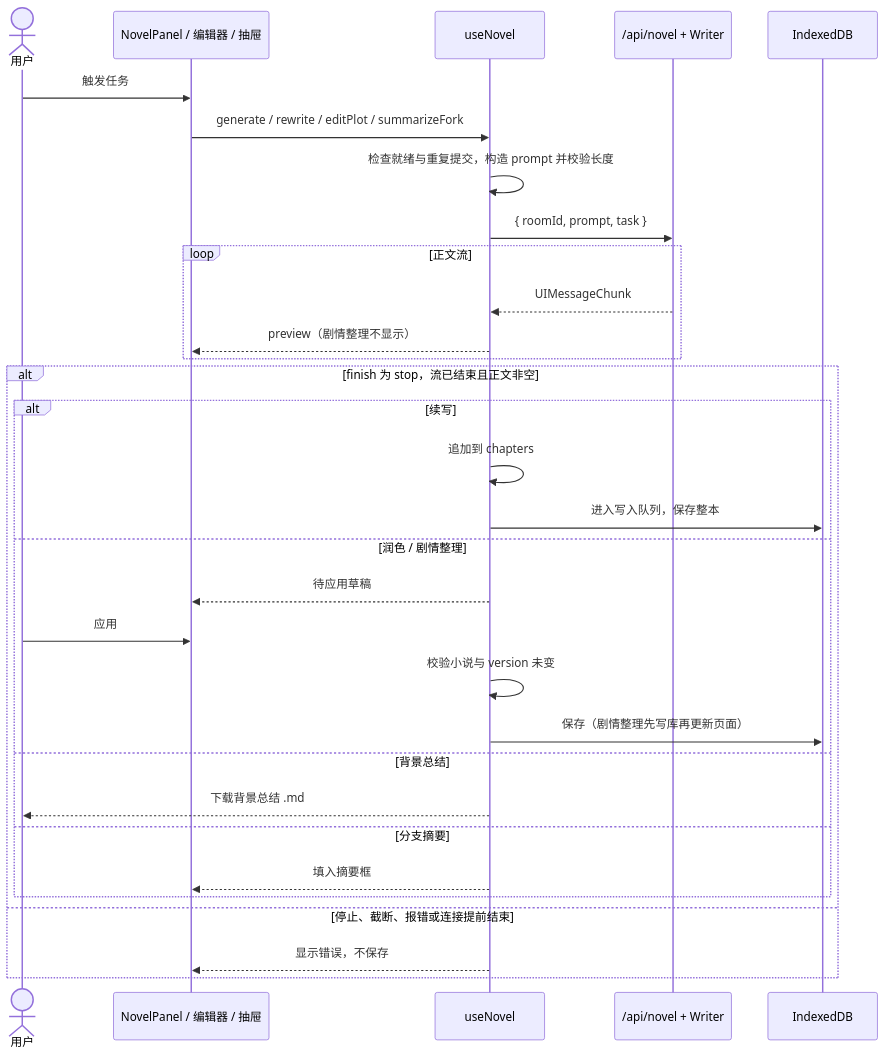
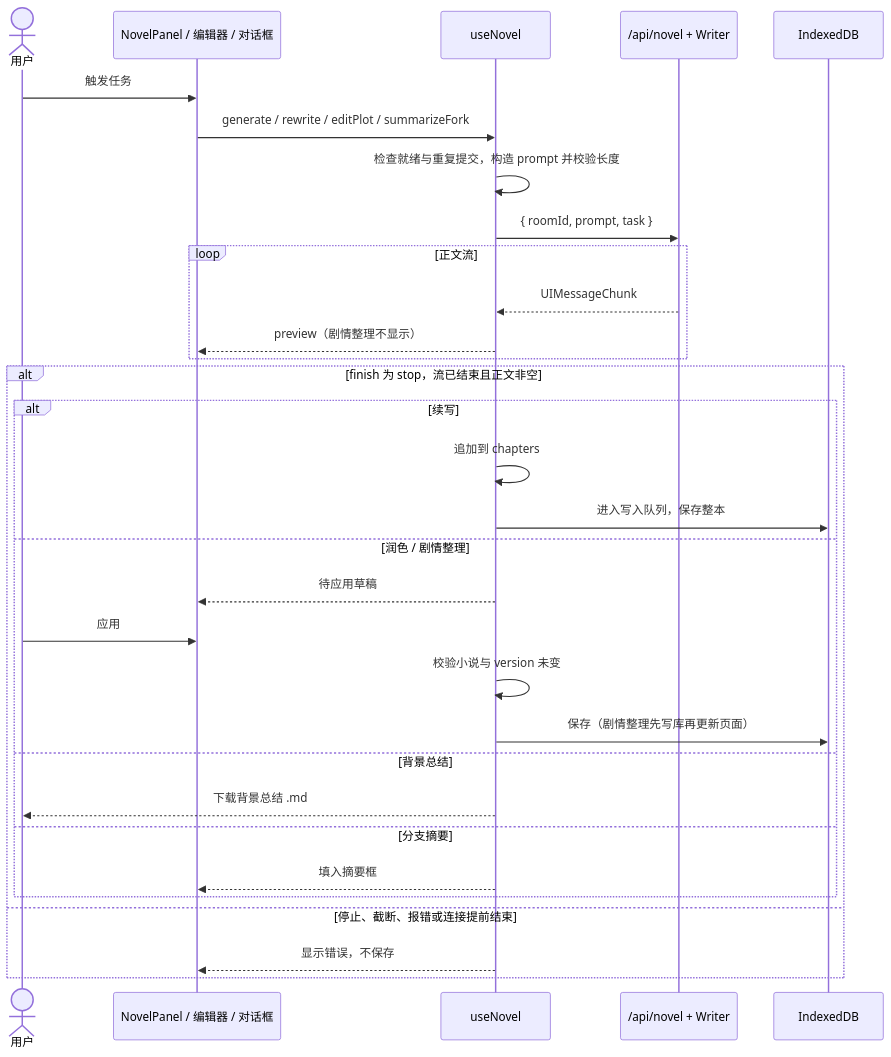
The fifth of 5 diagrams in docs/open-world/flowcharts.md (marvin-season/landing-page), drawn with Mermaid before and after one commit. The commit also changed 11 other files, not shown here.

````diff
--- a/docs/open-world/flowcharts.md
+++ b/docs/open-world/flowcharts.md
@@ -140,33 +140,33 @@
 ```mermaid
 sequenceDiagram
   actor User as 用户
-  participant UI as NovelPanel / 编辑器 / 抽屉
+  participant UI as NovelPanel / 编辑器 / 对话框
   participant Hook as useNovel
   participant API as /api/novel + Writer
   participant DB as IndexedDB
   User->>UI: 触发任务
   UI->>Hook: generate / rewrite / editPlot / summarizeFork
   Hook->>Hook: 检查就绪与重复提交，构造 prompt 并校验长度
   Hook->>API: { roomId, prompt, task }
   loop 正文流
     API-->>Hook: UIMessageChunk
     Hook-->>UI: preview（剧情整理不显示）
   end
   alt finish 为 stop，流已结束且正文非空
     alt 续写
       Hook->>Hook: 追加到 chapters
       Hook->>DB: 进入写入队列，保存整本
     else 润色 / 剧情整理
       Hook-->>UI: 待应用草稿
       User->>UI: 应用
       Hook->>Hook: 校验小说与 version 未变
       Hook->>DB: 保存（剧情整理先写库再更新页面）
     else 背景总结
       Hook-->>User: 下载背景总结 .md
     else 分支摘要
       Hook-->>UI: 填入摘要框
     end
   else 停止、截断、报错或连接提前结束
     Hook-->>UI: 显示错误，不保存
   end
 ```
````
